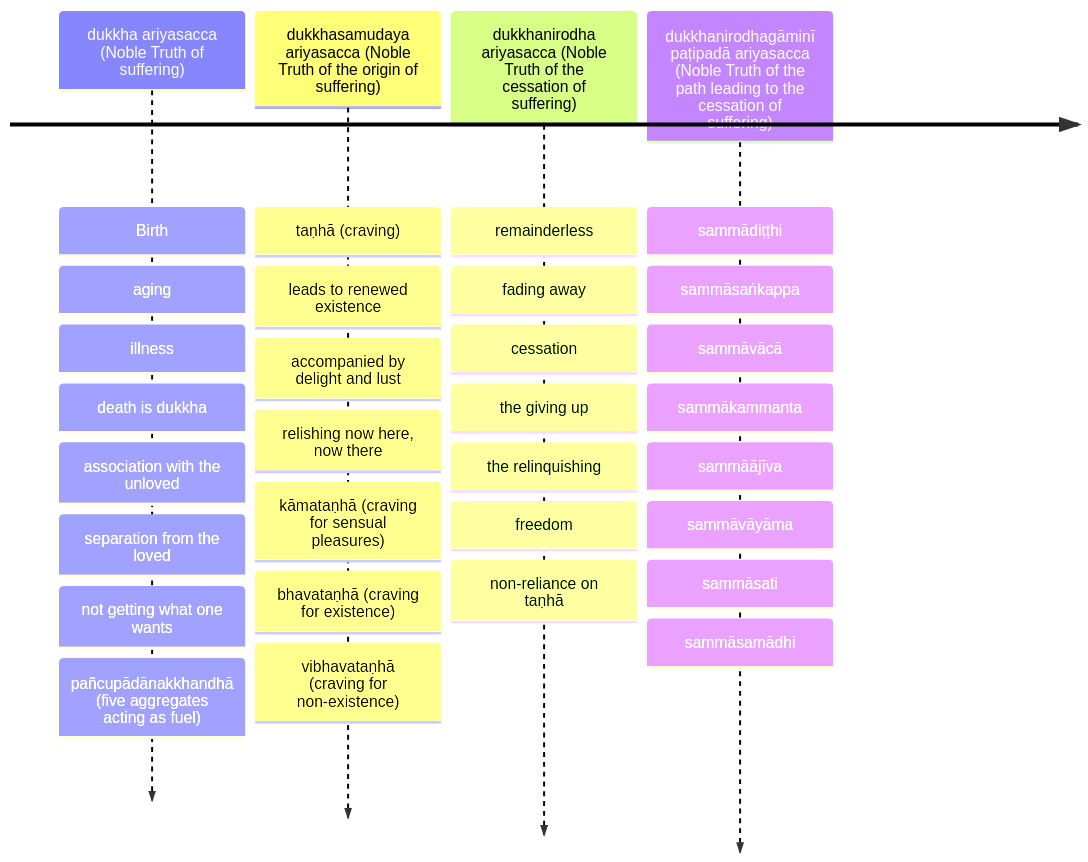
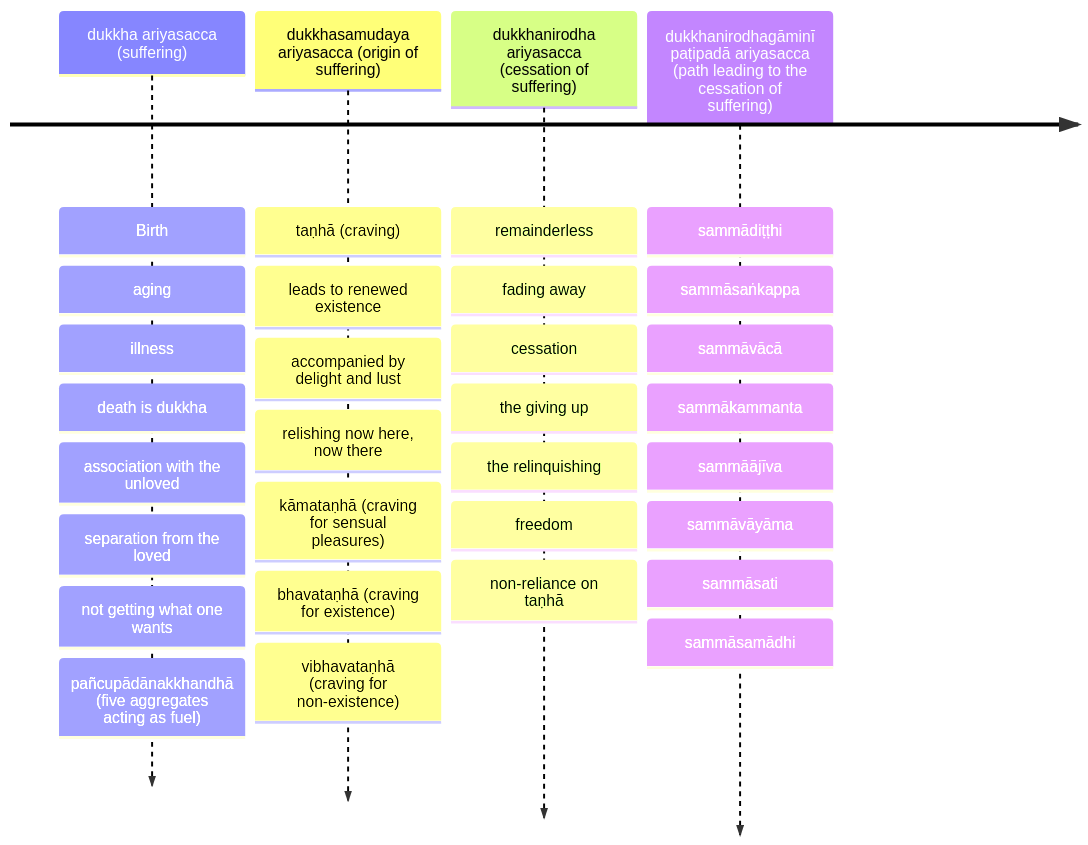
The seventh of 13 diagrams in content/Khandhaka/1.6.md (ChristineTham/tidipa), drawn with Mermaid before and after one commit. The commit also changed other lines of this file and 1 other file, not shown here.

````diff
--- a/content/Khandhaka/1.6.md
+++ b/content/Khandhaka/1.6.md
@@ -340,40 +340,40 @@
 ```mermaid
 timeline
-dukkha ariyasacca (Noble Truth of suffering)
+dukkha ariyasacca (suffering)
     : Birth
     : aging
     : illness
     : death is dukkha
     : association with the unloved
     : separation from the loved
     : not getting what one wants
     : pañcupādānakkhandhā (five aggregates acting as fuel)
 
-dukkhasamudaya ariyasacca (Noble Truth of the origin of suffering)
+dukkhasamudaya ariyasacca (origin of suffering)
     : taṇhā (craving)
     : leads to renewed existence
     : accompanied by delight and lust
     :  relishing now here, now there
     : kāmataṇhā (craving for sensual pleasures)
     : bhavataṇhā (craving for existence)
     : vibhavataṇhā (craving for non-existence)
 
-dukkhanirodha ariyasacca (Noble Truth of the cessation of suffering)
+dukkhanirodha ariyasacca (cessation of suffering)
     : remainderless
     : fading away
     : cessation
     : the giving up
     : the relinquishing
     : freedom
     : non-reliance on taṇhā
 
-dukkhanirodhagāminī paṭipadā ariyasacca (Noble Truth of the path leading to the cessation of suffering)
+dukkhanirodhagāminī paṭipadā ariyasacca (path leading to the cessation of suffering)
     : sammādiṭṭhi
     : sammāsaṅkappa
     : sammāvācā
     : sammākammanta
     : sammāājīva
     : sammāvāyāma
     : sammāsati
     : sammāsamādhi
 ```
````
